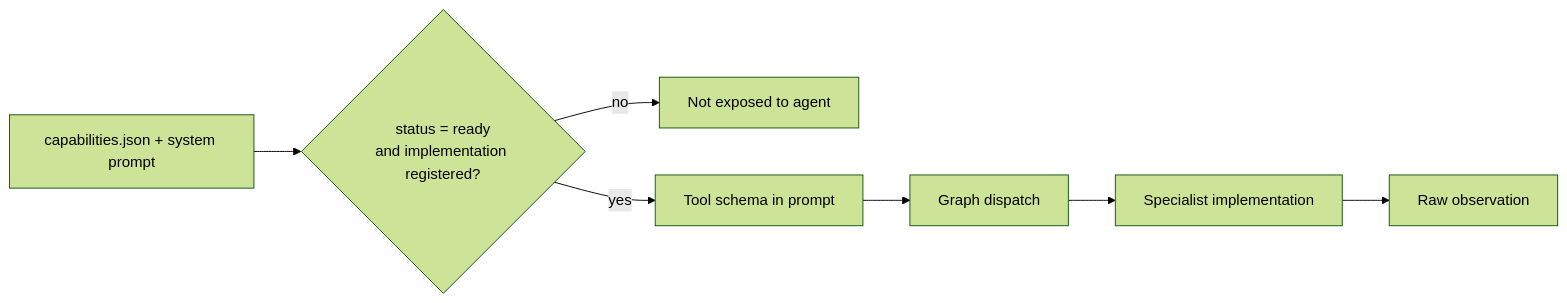
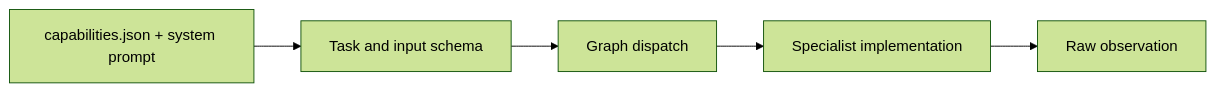
The fifth of 7 diagrams in docs/02-technical-approach.md (Siddh-2006/SatQuery_AI), drawn with Mermaid (forest theme) before and after one commit. The commit also changed other lines of this file and 8 other files, not shown here.

````diff
--- a/docs/02-technical-approach.md
+++ b/docs/02-technical-approach.md
@@ -178,9 +177,7 @@
 ```mermaid
 flowchart LR
-		Spec[capabilities.json + system prompt] --> Gate{status = ready\nand implementation registered?}
-		Gate -->|no| Hidden[Not exposed to agent]
-		Gate -->|yes| Schema[Tool schema in prompt]
+		Spec[capabilities.json + system prompt] --> Schema[Task and input schema]
 		Schema --> Call[Graph dispatch]
 		Call --> Impl[Specialist implementation]
 		Impl --> Obs[Raw observation]
 ```
````
